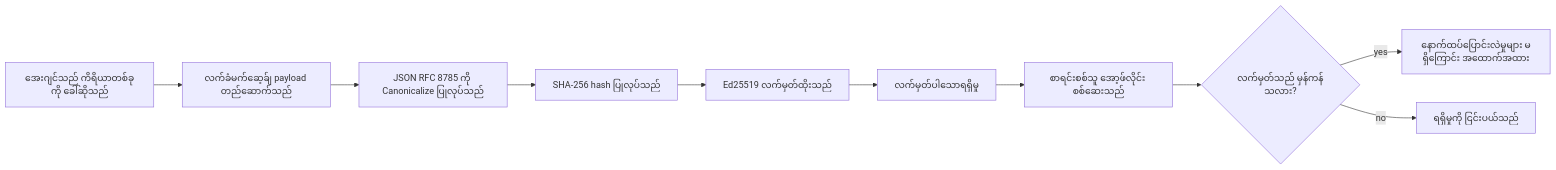
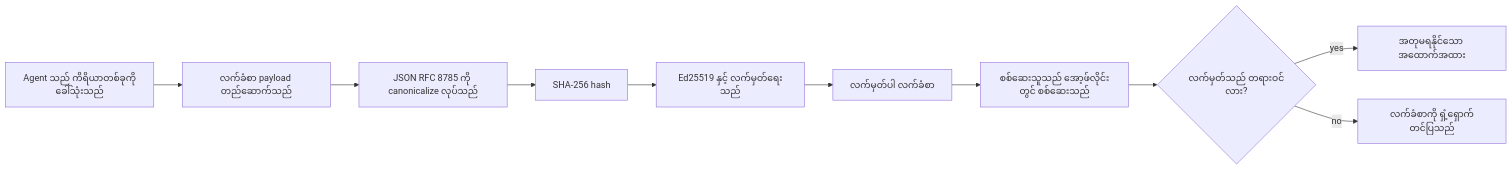
One commit to gabrielmoreira/agent-skills-mirror changed the first of 2 diagrams in mirrors/repos/microsoft@ai-agents-for-beginners/translations/my/18-securing-ai-agents/README.md. Above: the diagram before and after it, drawn with Mermaid. The commit also changed other lines of this file and 4482 other files, not shown here.

````diff
--- a/mirrors/repos/microsoft@ai-agents-for-beginners/translations/my/18-securing-ai-agents/README.md
+++ b/mirrors/repos/microsoft@ai-agents-for-beginners/translations/my/18-securing-ai-agents/README.md
@@ -51,12 +51,12 @@
 ```mermaid
 flowchart LR
-    A[အေးဂျင်သည် ကိရိယာတစ်ခုကို ခေါ်ဆိုသည်] --> B[လက်ခံမက်ဆေ့ခ်ျ payload တည်ဆောက်သည်]
-    B --> C[JSON RFC 8785 ကို Canonicalize ပြုလုပ်သည်]
-    C --> D[SHA-256 hash ပြုလုပ်သည်]
-    D --> E[Ed25519 လက်မှတ်ထိုးသည်]
-    E --> F[လက်မှတ်ပါသောရရှိမှု]
-    F --> G[စာရင်းစစ်သူ အော့ဖ်လိုင်း စစ်ဆေးသည်]
-    G --> H{လက်မှတ်သည် မှန်ကန်သလား?}
-    H -- yes --> I[နောက်ထပ်ပြောင်းလဲမှုများ မရှိကြောင်း အထောက်အထား]
-    H -- no --> J[ရရှိမှုကို ငြင်းပယ်သည်]
+    A[Agent သည် ကိရိယာတစ်ခုကိုခေါ်သုံးသည်] --> B[လက်ခံစာ payload တည်ဆောက်သည်]
+    B --> C[JSON RFC 8785 ကို canonicalize လုပ်သည်]
+    C --> D[SHA-256 hash]
+    D --> E[Ed25519 နှင့် လက်မှတ်ရေးသည်]
+    E --> F[လက်မှတ်ပါ လက်ခံစာ]
+    F --> G[စစ်ဆေးသူသည် အော့ဖ်လိုင်းတွင် စစ်ဆေးသည်]
+    G --> H{လက်မှတ်သည် တရားဝင်လား?}
+    H -- yes --> I[အတုမရနိုင်သော အထောက်အထား]
+    H -- no --> J[လက်ခံစာကို ရှံ့ရှောက်တင်ပြသည်]
 ```
````
